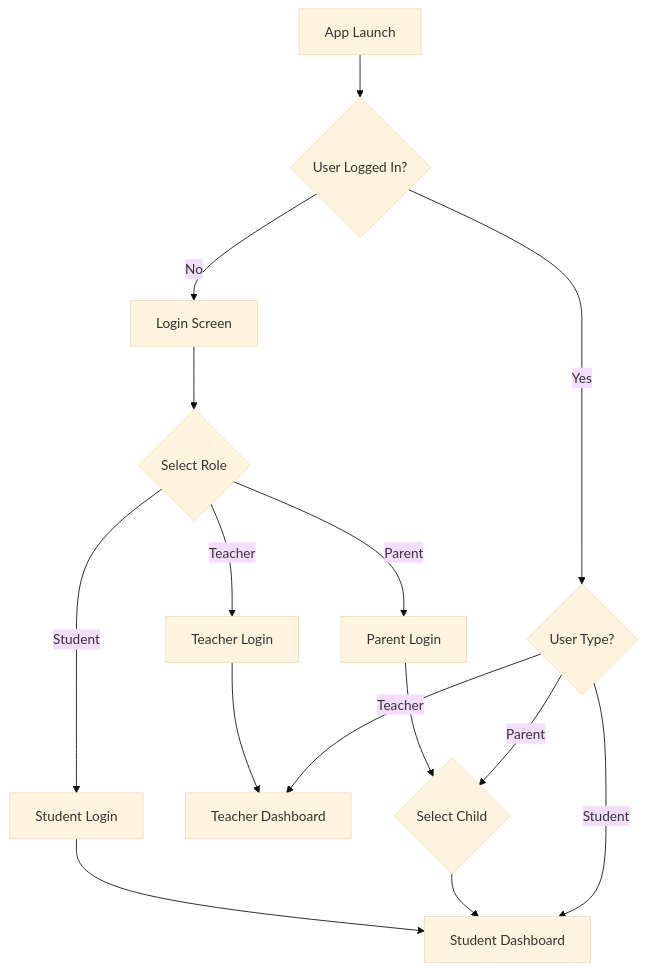
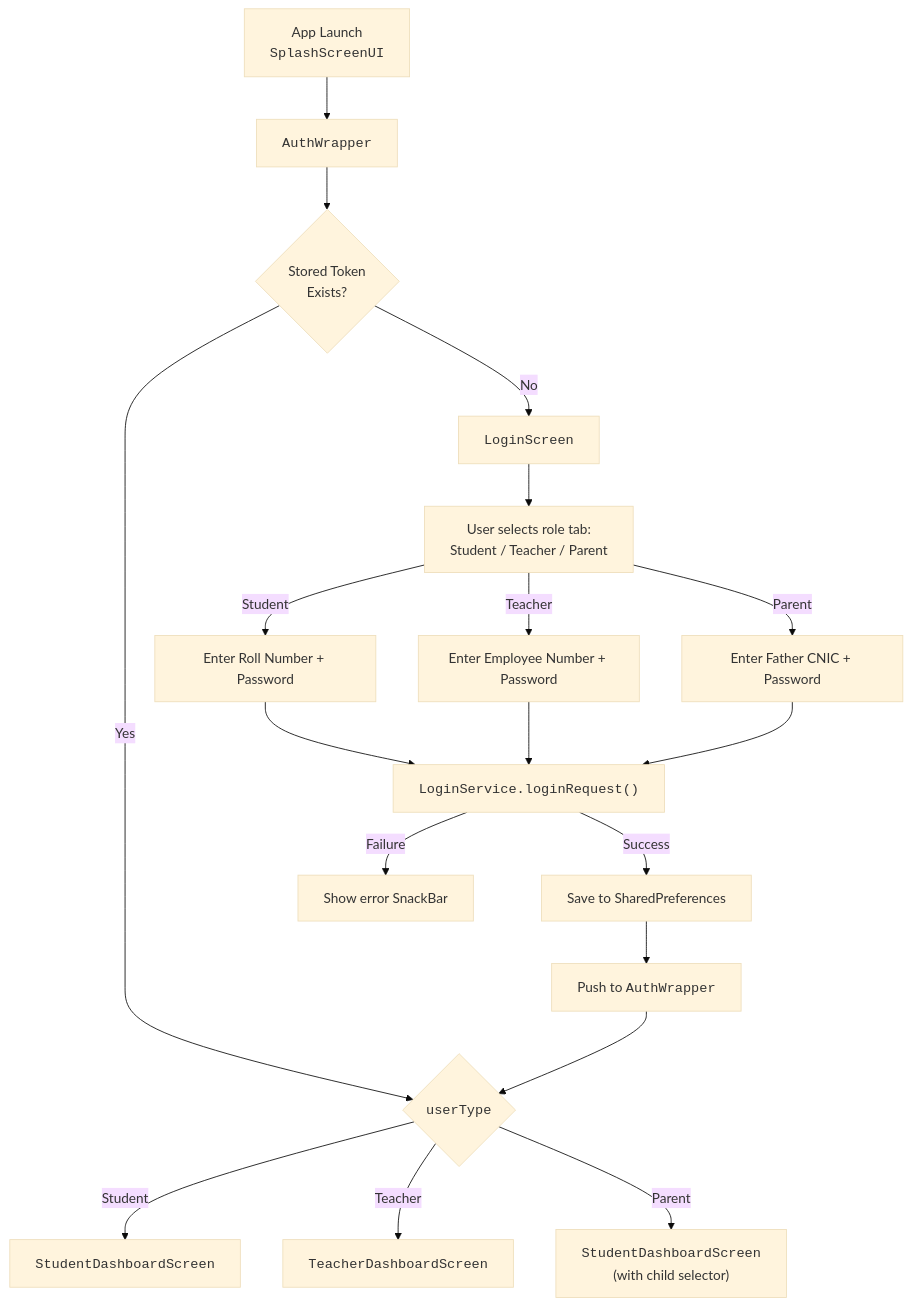
Before and after one commit to kainatsghar/CityzensApp: the first of 2 diagrams in README.md, drawn with Mermaid (base theme). The commit also changed other lines of this file and 32 other files, not shown here.

````diff
--- a/README.md
+++ b/README.md
@@ -39,17 +71,21 @@
 ```mermaid
 graph TD
-    A[App Launch] --> B{User Logged In?}
-    B -->|No| C[Login Screen]
-    B -->|Yes| D{User Type?}
-    C --> E{Select Role}
-    E -->|Student| F[Student Login]
-    E -->|Teacher| G[Teacher Login]
-    E -->|Parent| H[Parent Login]
-    F --> I[Student Dashboard]
-    G --> J[Teacher Dashboard]
-    H --> K{Select Child}
-    K --> I
-    D -->|Student| I
-    D -->|Teacher| J
-    D -->|Parent| K
+    A["App Launch<br/><code>SplashScreenUI</code>"] --> B["<code>AuthWrapper</code>"]
+    B --> C{"Stored Token<br/>Exists?"}
+    C -->|No| D["<code>LoginScreen</code>"]
+    C -->|Yes| E{"<code>userType</code>"}
+    D --> F["User selects role tab:<br/>Student / Teacher / Parent"]
+    F -->|Student| G["Enter Roll Number + Password"]
+    F -->|Teacher| H["Enter Employee Number + Password"]
+    F -->|Parent| I["Enter Father CNIC + Password"]
+    G --> J["<code>LoginService.loginRequest()</code>"]
+    H --> J
+    I --> J
+    J -->|Success| K["Save to SharedPreferences"]
+    K --> L["Push to <code>AuthWrapper</code>"]
+    L --> E
+    E -->|Student| M["<code>StudentDashboardScreen</code>"]
+    E -->|Teacher| N["<code>TeacherDashboardScreen</code>"]
+    E -->|Parent| O["<code>StudentDashboardScreen</code><br/>(with child selector)"]
+    J -->|Failure| P["Show error SnackBar"]
 ```
````
